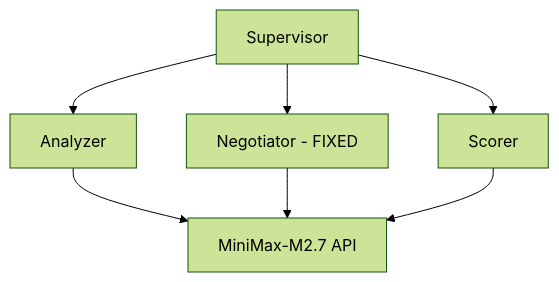
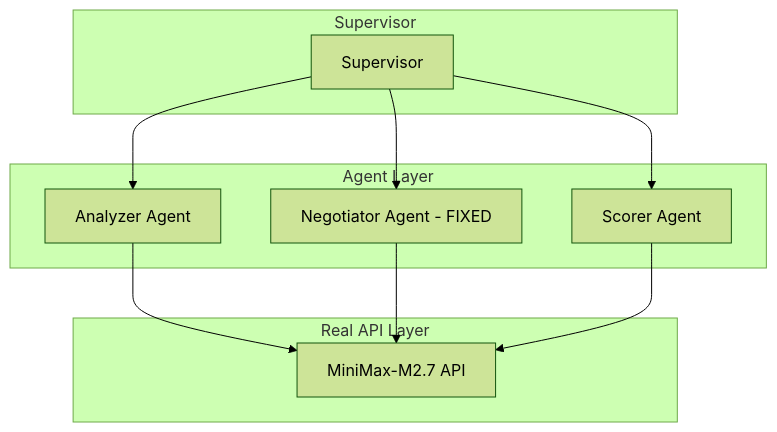
One commit to xiangbianpangde/mas-evolution-test changed the diagram in README.md. Above: the diagram before and after it, drawn with Mermaid (forest theme). The commit also changed other lines of this file, not shown here.

````diff
--- a/README.md
+++ b/README.md
@@ -39,8 +47,20 @@
 ```mermaid
 graph TB
-    LLM[MiniMax-M2.7 API]
-    A[Analyzer] --> LLM
-    N[Negotiator - FIXED] --> LLM
-    S[Scorer] --> LLM
-    SUP[Supervisor] --> A & N & S
+    subgraph "Real API Layer"
+        LLM[MiniMax-M2.7 API]
+    end
+    
+    subgraph "Agent Layer"
+        A[Analyzer Agent]
+        N[Negotiator Agent - FIXED]
+        S[Scorer Agent]
+    end
+    
+    subgraph "Supervisor"
+        SUP[Supervisor]
+    end
+    
+    SUP --> A --> LLM
+    SUP --> N --> LLM
+    SUP --> S --> LLM
 ```
````
